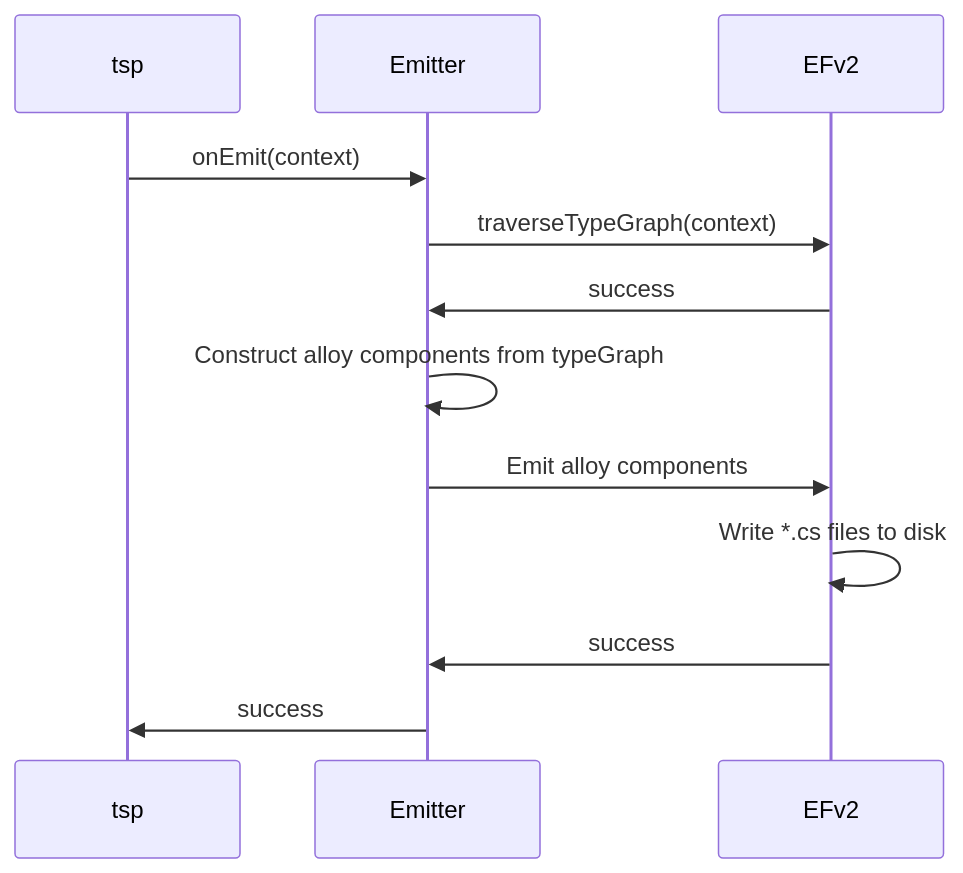
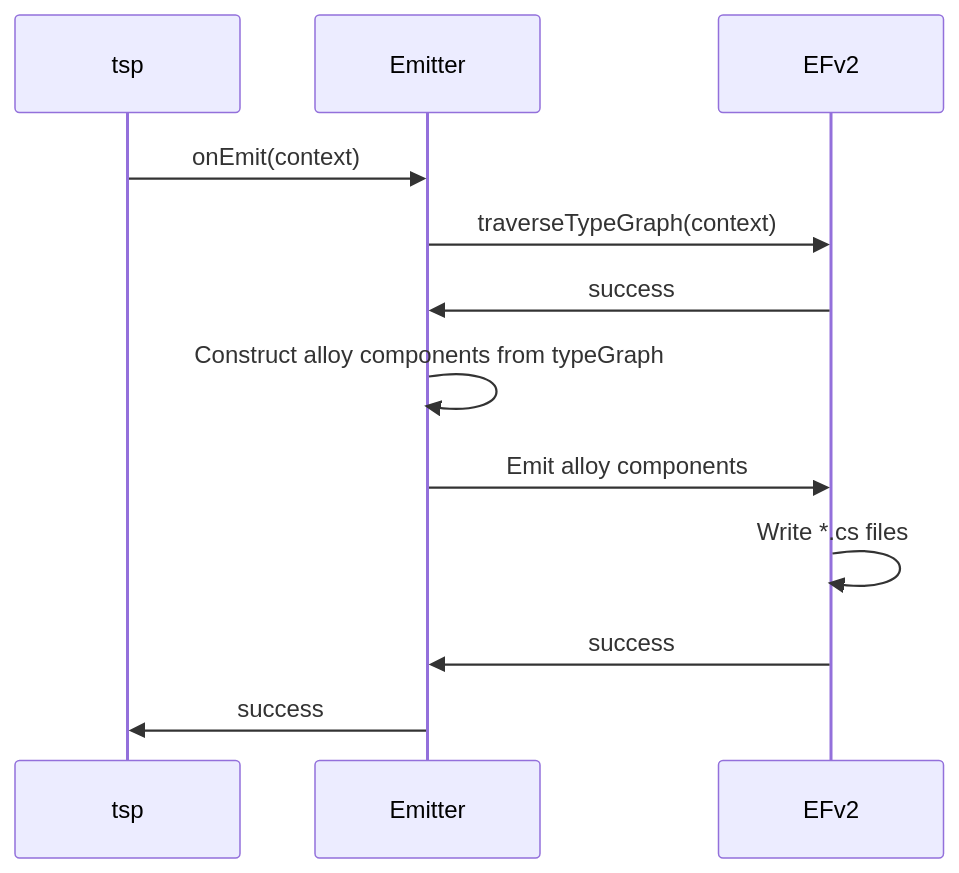
One commit to m-nash/typespec changed the first of 3 diagrams in packages/http-client-csharp/generator/docs/Efv2.md. Above: the diagram before and after it, drawn with Mermaid. The commit also changed other lines of this file, not shown here.

Commit message:
update diagram

````diff
--- a/packages/http-client-csharp/generator/docs/Efv2.md
+++ b/packages/http-client-csharp/generator/docs/Efv2.md
@@ -213,14 +213,14 @@
 ```mermaid
 sequenceDiagram
     participant A as tsp
     participant B as Emitter
     participant C as EFv2
     A->>B: onEmit(context)
     B->>C: traverseTypeGraph(context)
     C->>B: success
     B->>B: Construct alloy components from typeGraph
     B->>C: Emit alloy components
-    C->>C: Write *.cs files to disk
+    C->>C: Write *.cs files
     C->>B: success
     B->>A: success
 ```
````
